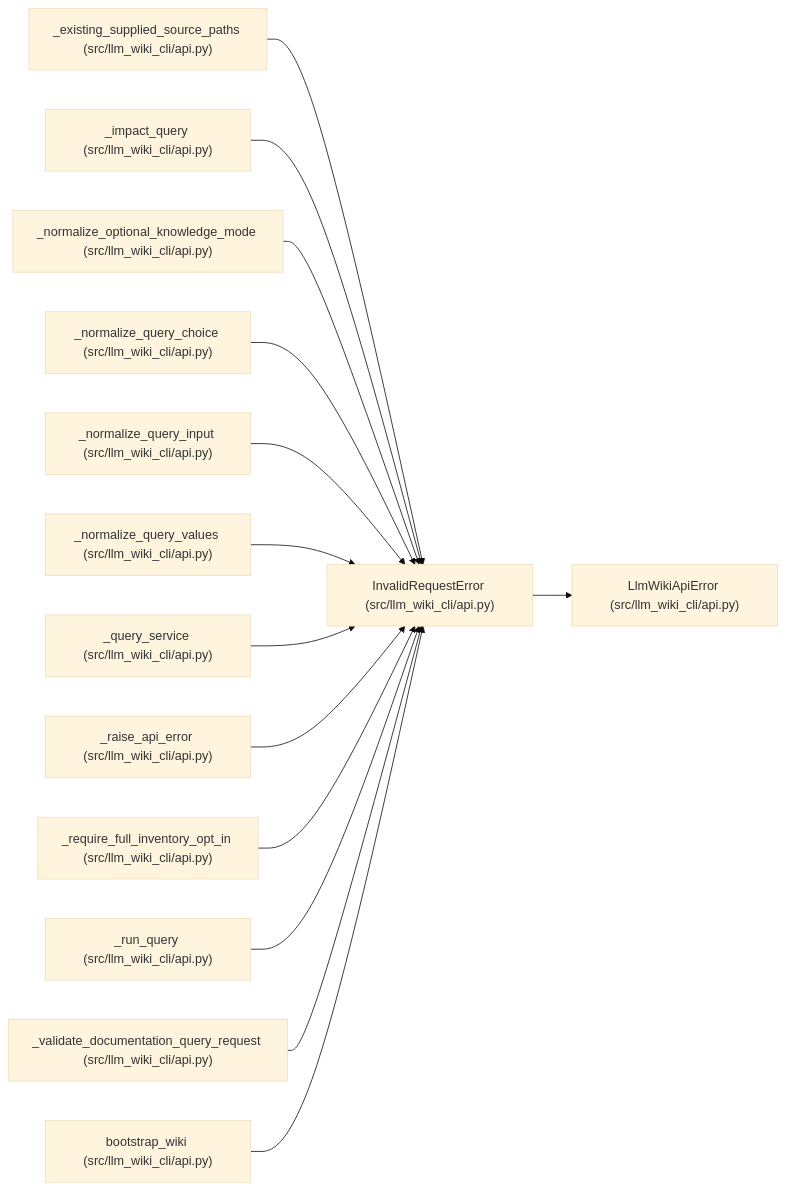
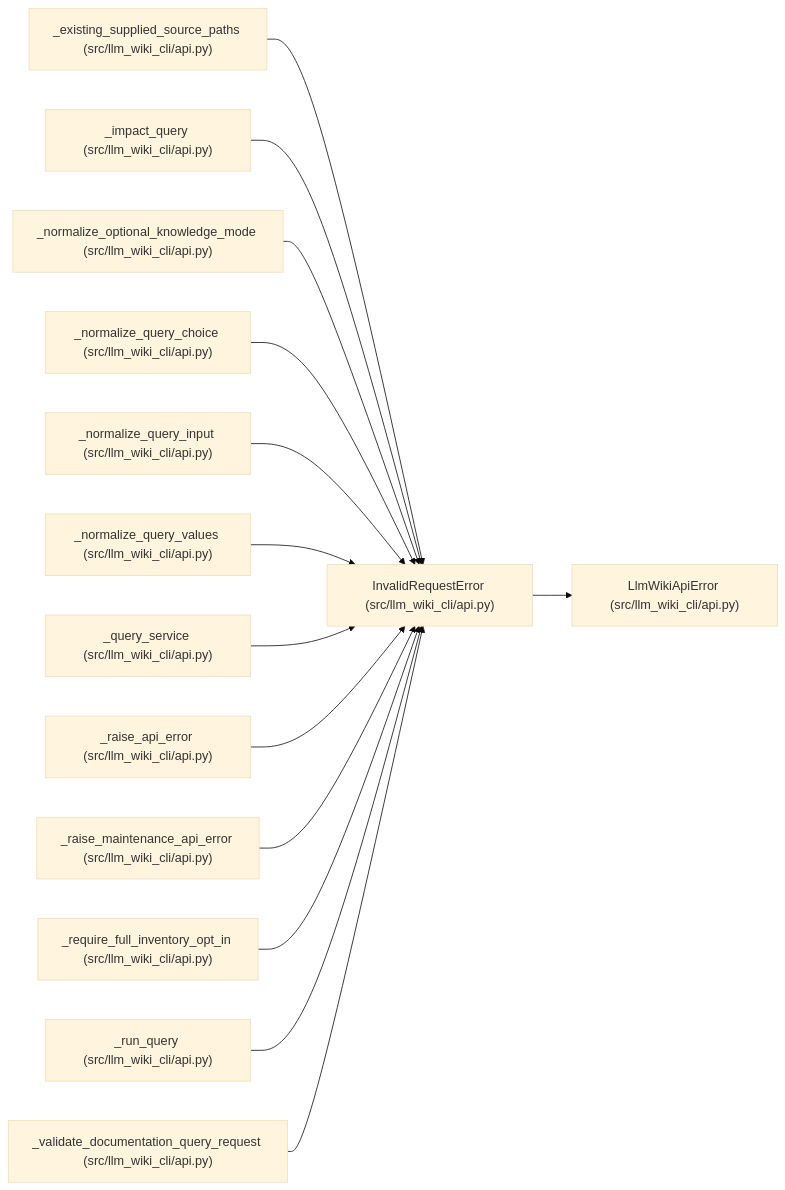
The diagram in docs/llm_wiki/entities/InvalidRequestError.md (Denissvgn/python-wiki-llm), drawn with Mermaid (base theme) before and after one commit. The commit also changed other lines of this file and 1410 other files, not shown here.

````diff
--- a/docs/llm_wiki/entities/InvalidRequestError.md
+++ b/docs/llm_wiki/entities/InvalidRequestError.md
@@ -23,44 +23,44 @@
 ```mermaid
 flowchart LR
     n0["InvalidRequestError (src/llm_wiki_cli/api.py)"]
     n1["LlmWikiApiError (src/llm_wiki_cli/api.py)"]
     n2["_existing_supplied_source_paths (src/llm_wiki_cli/api.py)"]
     n3["_impact_query (src/llm_wiki_cli/api.py)"]
     n4["_normalize_optional_knowledge_mode (src/llm_wiki_cli/api.py)"]
     n5["_normalize_query_choice (src/llm_wiki_cli/api.py)"]
     n6["_normalize_query_input (src/llm_wiki_cli/api.py)"]
     n7["_normalize_query_values (src/llm_wiki_cli/api.py)"]
     n8["_query_service (src/llm_wiki_cli/api.py)"]
     n9["_raise_api_error (src/llm_wiki_cli/api.py)"]
-    n10["_require_full_inventory_opt_in (src/llm_wiki_cli/api.py)"]
-    n11["_run_query (src/llm_wiki_cli/api.py)"]
-    n12["_validate_documentation_query_request (src/llm_wiki_cli/api.py)"]
-    n13["bootstrap_wiki (src/llm_wiki_cli/api.py)"]
+    n10["_raise_maintenance_api_error (src/llm_wiki_cli/api.py)"]
+    n11["_require_full_inventory_opt_in (src/llm_wiki_cli/api.py)"]
+    n12["_run_query (src/llm_wiki_cli/api.py)"]
+    n13["_validate_documentation_query_request (src/llm_wiki_cli/api.py)"]
     n0 --> n1
     n2 --> n0
     n3 --> n0
     n4 --> n0
     n5 --> n0
     n6 --> n0
     n7 --> n0
     n8 --> n0
     n9 --> n0
     n10 --> n0
     n11 --> n0
     n12 --> n0
     n13 --> n0
     click n0 "../modules/api.md"
     click n1 "../modules/api.md"
     click n2 "../modules/api.md"
     click n3 "../modules/api.md"
     click n4 "../modules/api.md"
     click n5 "../modules/api.md"
     click n6 "../modules/api.md"
     click n7 "../modules/api.md"
     click n8 "../modules/api.md"
     click n9 "../modules/api.md"
     click n10 "../modules/api.md"
     click n11 "../modules/api.md"
     click n12 "../modules/api.md"
     click n13 "../modules/api.md"
 ```
````
